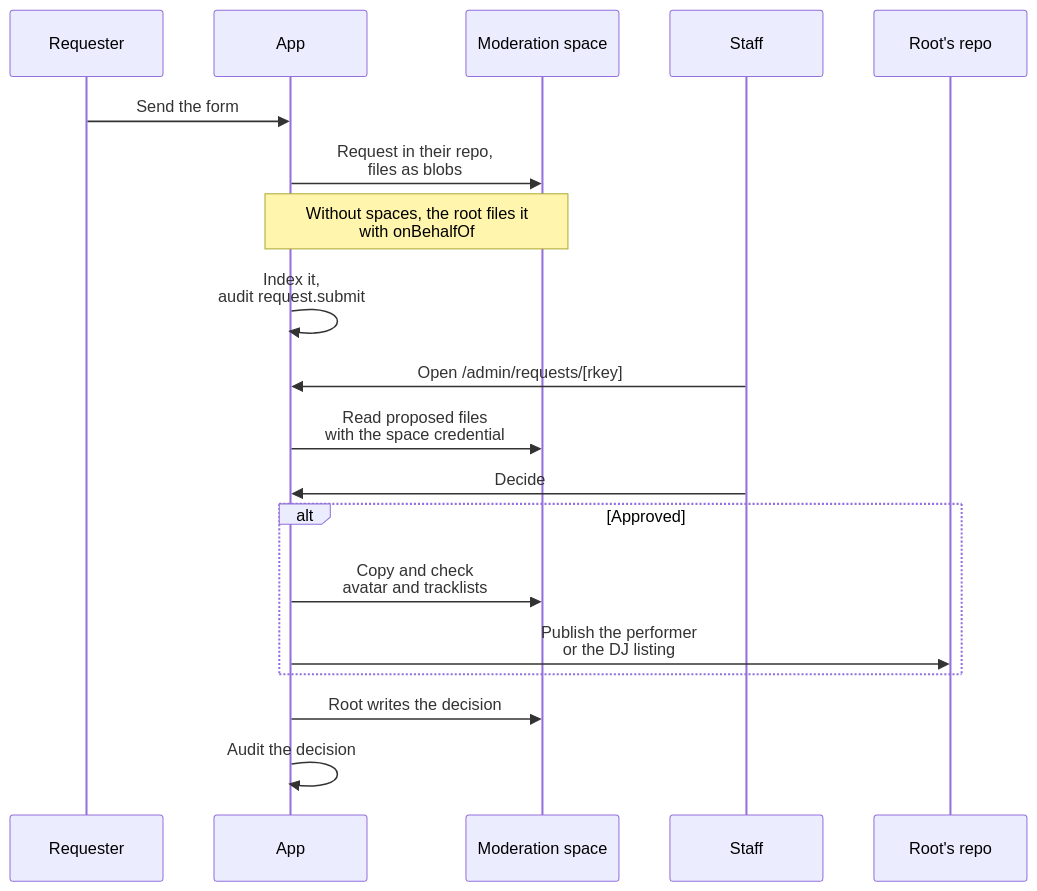
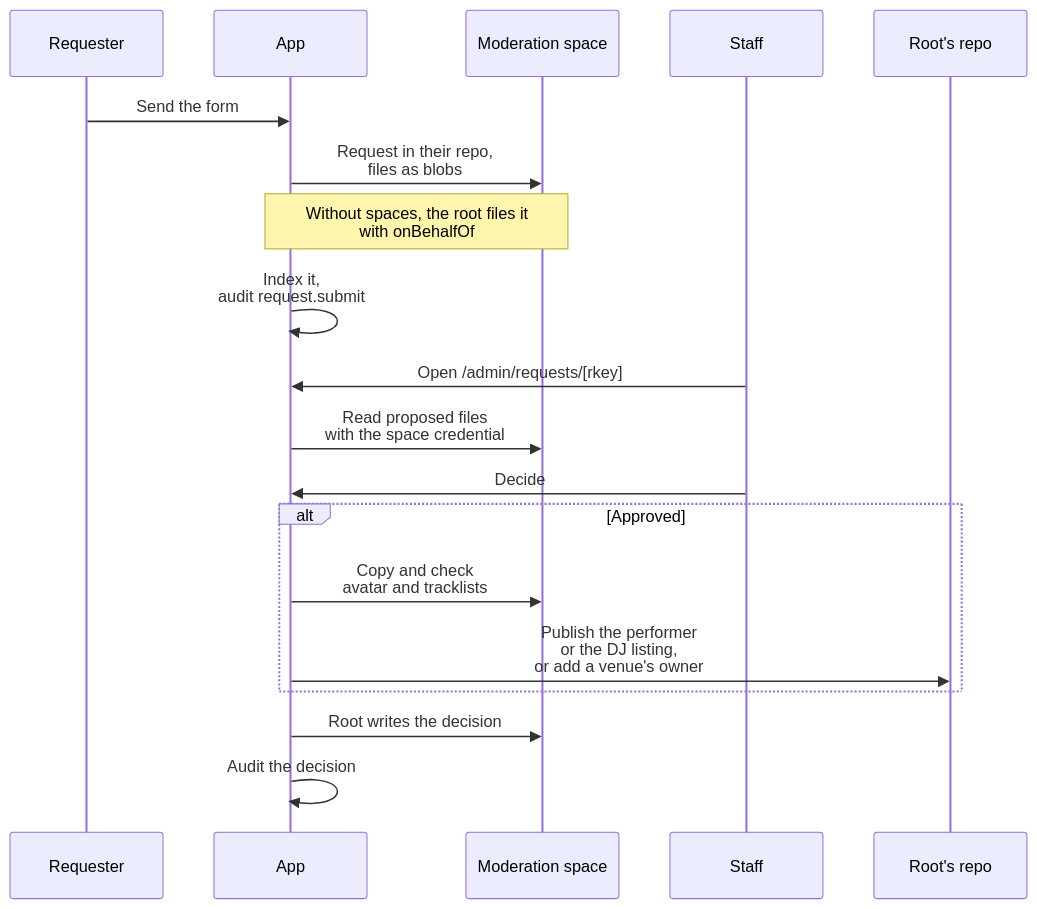
Before and after one commit to cutenode/localnetwork: the second of 9 diagrams in apps/web/docs/diagrams/profiles-and-bookings.md, drawn with Mermaid. The commit also changed other lines of this file and 62 other files, not shown here.

````diff
--- a/apps/web/docs/diagrams/profiles-and-bookings.md
+++ b/apps/web/docs/diagrams/profiles-and-bookings.md
@@ -39,21 +39,21 @@
 ```mermaid
 sequenceDiagram
   participant R as Requester
   participant A as App
   participant S as Moderation space
   participant T as Staff
   participant P as Root's repo
   R->>A: Send the form
   A->>S: Request in their repo,<br/>files as blobs
   Note over A,S: Without spaces, the root files it<br/>with onBehalfOf
   A->>A: Index it,<br/>audit request.submit
   T->>A: Open /admin/requests/[rkey]
   A->>S: Read proposed files<br/>with the space credential
   T->>A: Decide
   alt Approved
     A->>S: Copy and check<br/>avatar and tracklists
-    A->>P: Publish the performer<br/>or the DJ listing
+    A->>P: Publish the performer<br/>or the DJ listing,<br/>or add a venue's owner
   end
   A->>S: Root writes the decision
   A->>A: Audit the decision
 ```
````
